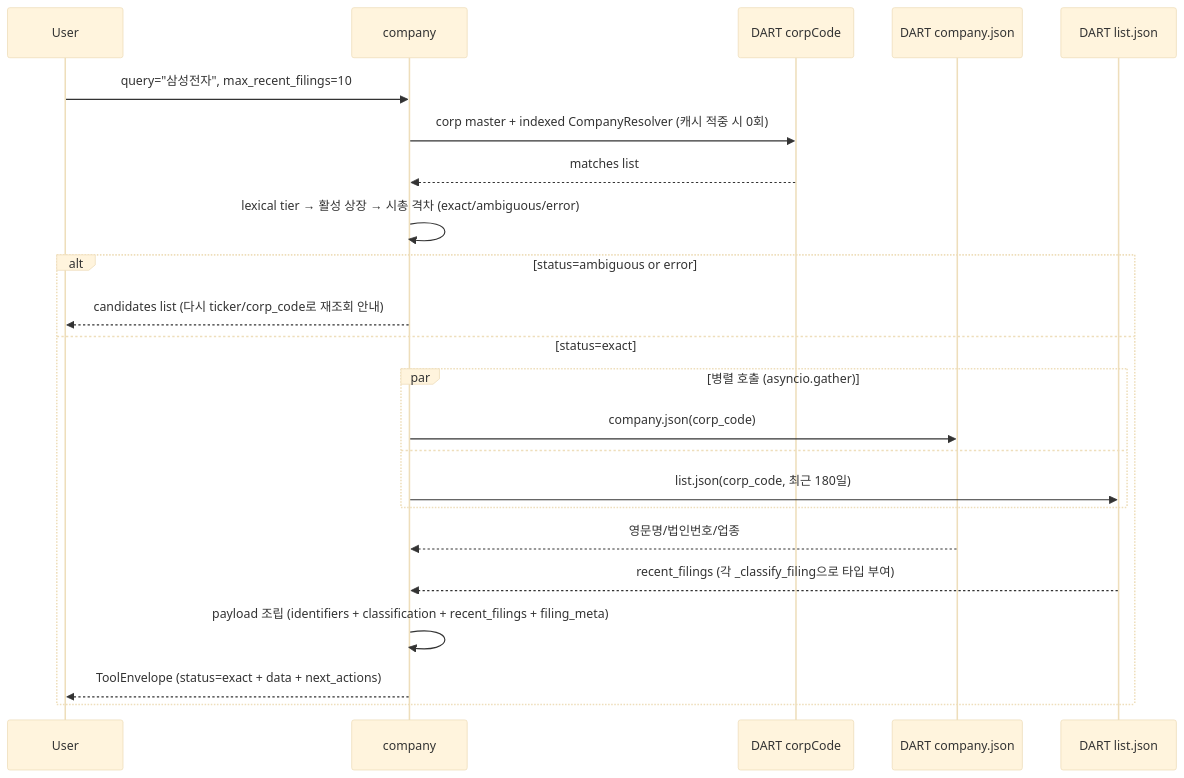
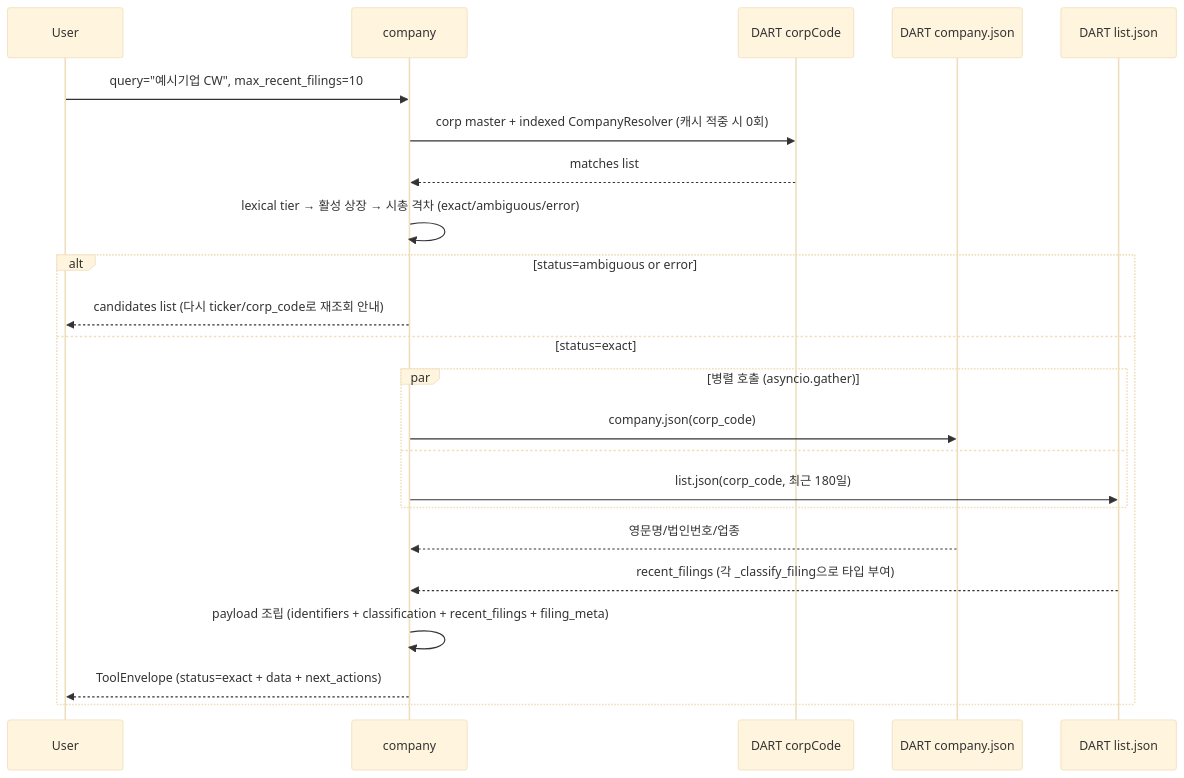
Before and after one commit to MarcoYou/open-proxy-mcp: the diagram in wiki/tools/company.md, drawn with Mermaid (base theme). The commit also changed other lines of this file and 156 other files, not shown here.

````diff
--- a/wiki/tools/company.md
+++ b/wiki/tools/company.md
@@ -91,25 +93,25 @@
 ```mermaid
 sequenceDiagram
     participant U as User
     participant T as company
     participant DC as DART corpCode
     participant DI as DART company.json
     participant DL as DART list.json
-    U->>T: query="삼성전자", max_recent_filings=10
+    U->>T: query="예시기업 CW", max_recent_filings=10
     T->>DC: corp master + indexed CompanyResolver (캐시 적중 시 0회)
     DC-->>T: matches list
     T->>T: lexical tier → 활성 상장 → 시총 격차 (exact/ambiguous/error)
     alt status=ambiguous or error
         T-->>U: candidates list (다시 ticker/corp_code로 재조회 안내)
     else status=exact
         par 병렬 호출 (asyncio.gather)
             T->>DI: company.json(corp_code)
         and
             T->>DL: list.json(corp_code, 최근 180일)
         end
         DI-->>T: 영문명/법인번호/업종
         DL-->>T: recent_filings (각 _classify_filing으로 타입 부여)
         T->>T: payload 조립 (identifiers + classification + recent_filings + filing_meta)
         T-->>U: ToolEnvelope (status=exact + data + next_actions)
     end
 ```
````
